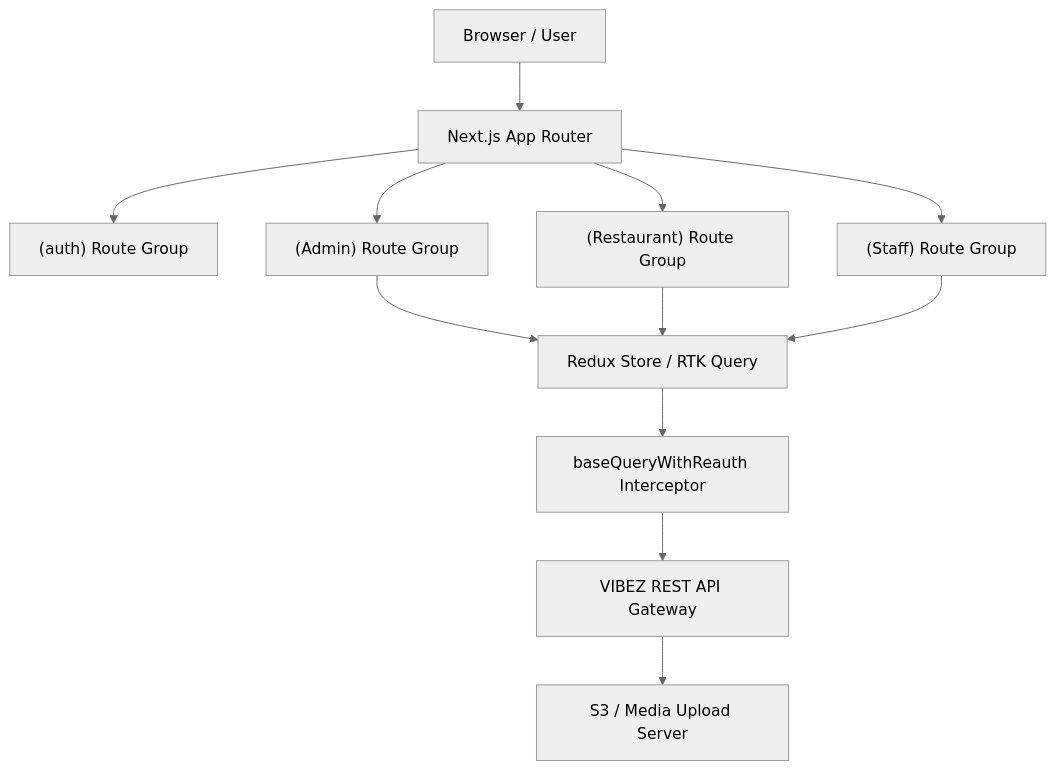
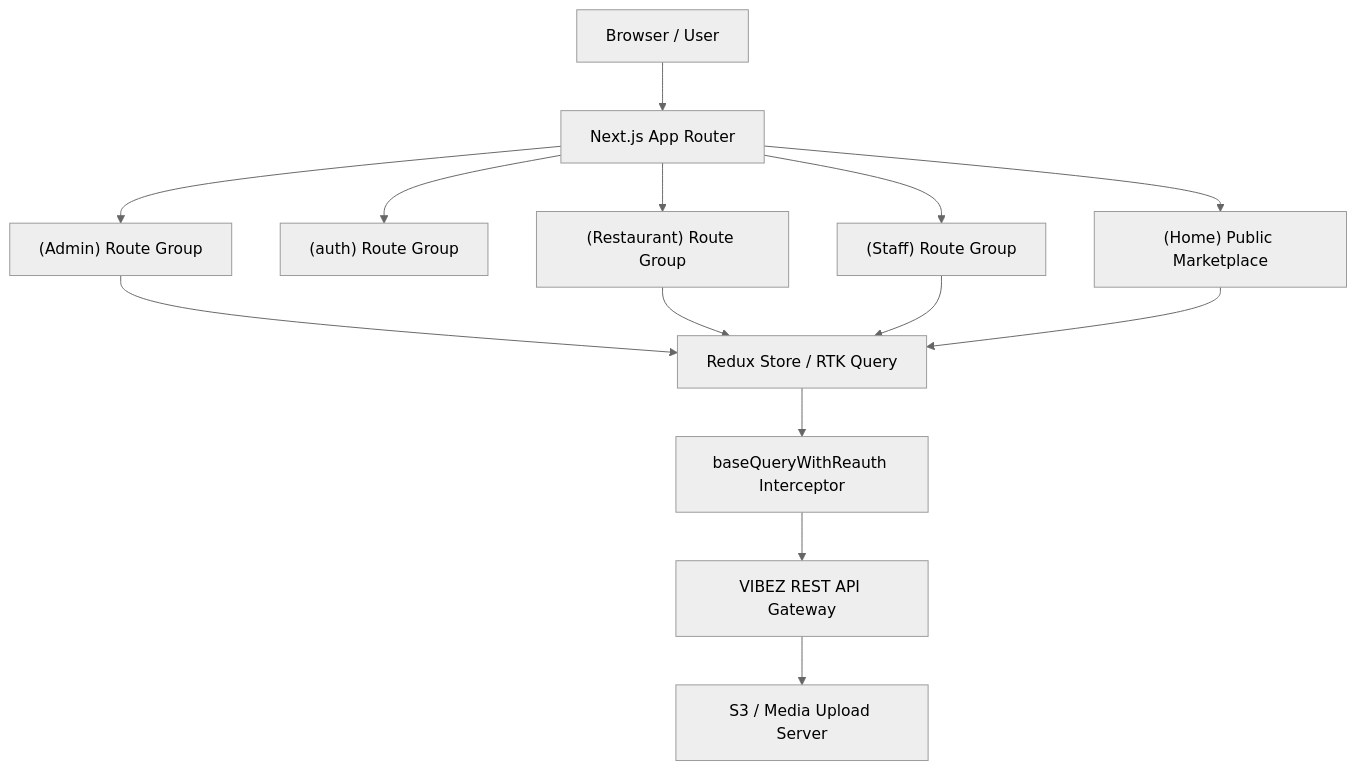
Before and after one commit to apponislam/vibez_frontend: the diagram in README.md, drawn with Mermaid (neutral theme). The commit also changed other lines of this file and 3 other files, not shown here.

````diff
--- a/README.md
+++ b/README.md
@@ -40,16 +48,18 @@
 ```mermaid
 flowchart TD
     Client[Browser / User] --> Gateway[Next.js App Router]
+    Gateway --> HomeGroup["(Home) Public Marketplace"]
     Gateway --> AuthGroup["(auth) Route Group"]
     Gateway --> AdminGroup["(Admin) Route Group"]
     Gateway --> RestGroup["(Restaurant) Route Group"]
     Gateway --> StaffGroup["(Staff) Route Group"]
 
     AdminGroup --> RTKStore[Redux Store / RTK Query]
     RestGroup --> RTKStore
     StaffGroup --> RTKStore
+    HomeGroup --> RTKStore
 
     RTKStore --> ReAuth[baseQueryWithReauth Interceptor]
     ReAuth --> BackendAPI[VIBEZ REST API Gateway]
     BackendAPI --> Storage[S3 / Media Upload Server]
 ```
````
